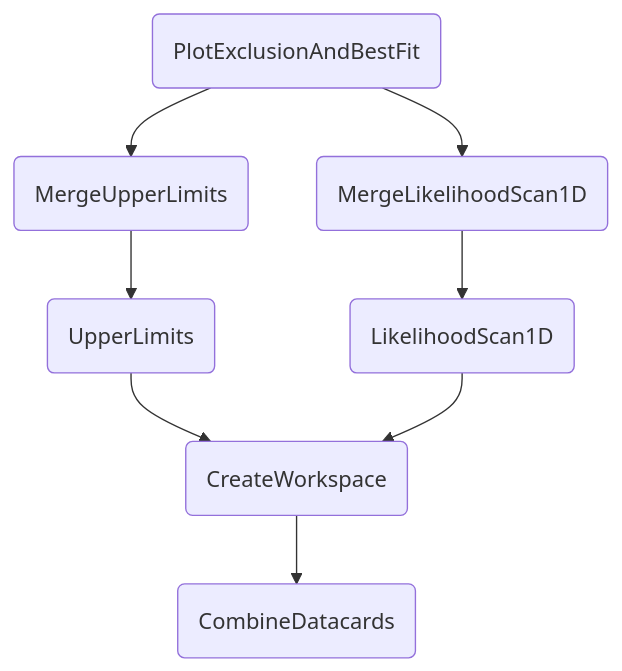
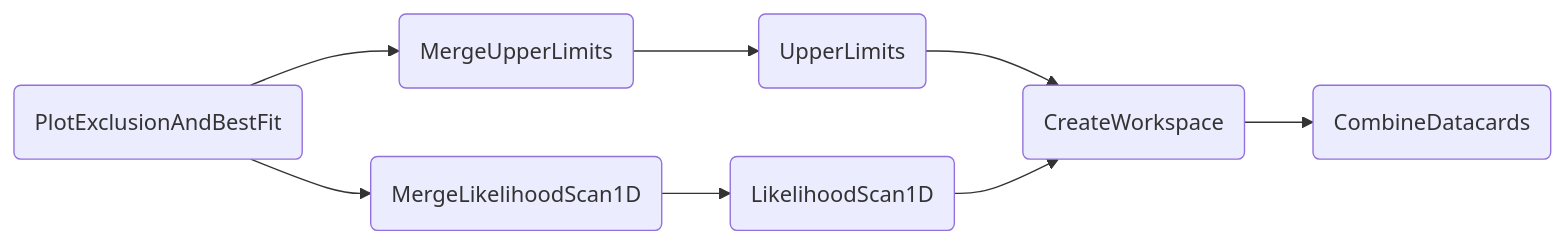
The diagram in docs/content/tasks/exclusion1d.md (cms-hh/inference_tools), drawn with Mermaid before and after one commit. The commit also changed other lines of this file and 1 other file, not shown here.

Commit message:
update exclusion1d docs to new format

````diff
--- a/docs/content/tasks/exclusion1d.md
+++ b/docs/content/tasks/exclusion1d.md
@@ -22,10 +22,10 @@
-    ```mermaid
-    graph TD;
-        A(PlotExclusionAndBestFit) --> B(MergeUpperLimits);
-        A(PlotExclusionAndBestFit) --> C(MergeLikelihoodScan1D);
-        B --> D(UpperLimits);
-        C --> E(LikelihoodScan1D);
-        D --> F(CreateWorkspace);
-        E --> F;
-        F --> G(CombineDatacards);
-    ```
+```mermaid
+graph LR;
+    A(PlotExclusionAndBestFit) --> B(MergeUpperLimits);
+    A(PlotExclusionAndBestFit) --> C(MergeLikelihoodScan1D);
+    B --> D(UpperLimits);
+    C --> E(LikelihoodScan1D);
+    D --> F(CreateWorkspace);
+    E --> F;
+    F --> G(CombineDatacards);
+```
````
